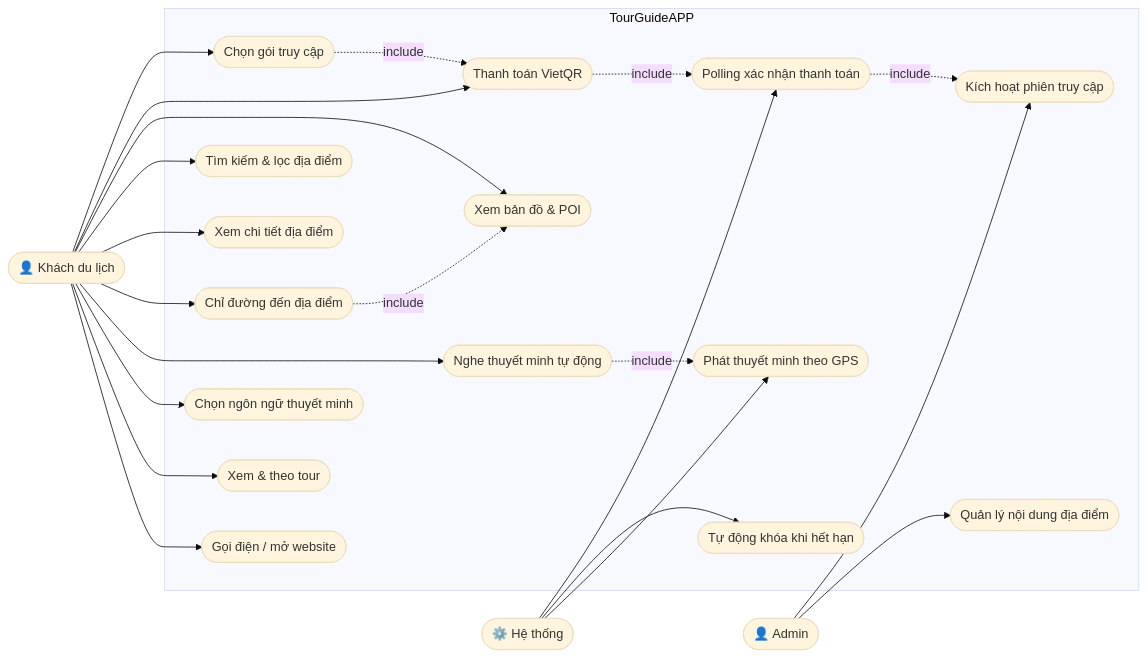
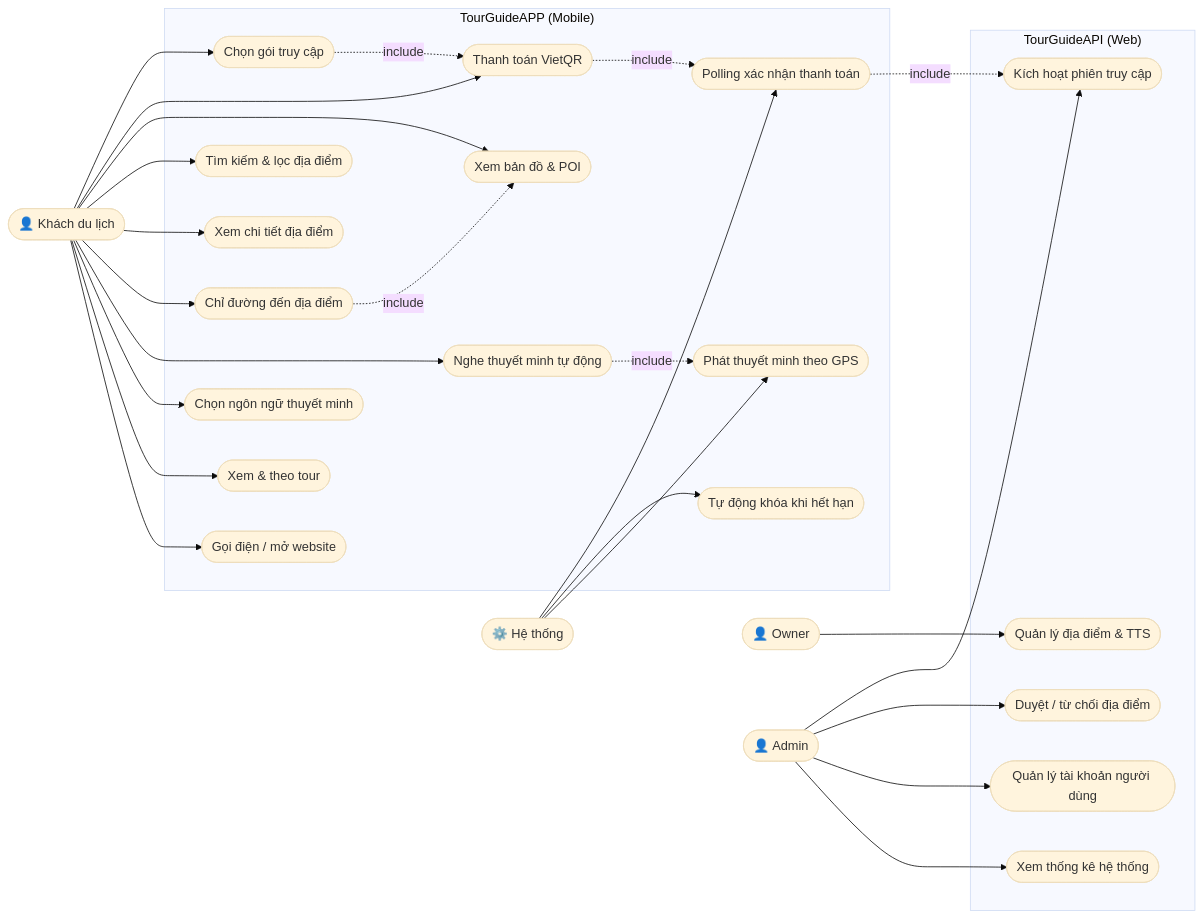
The first of 21 diagrams in PRD.md (MTai55/TourguideProjectApp), drawn with Mermaid (base theme) before and after one commit. The commit also changed other lines of this file, not shown here.

Commit message:
diagrams

````diff
--- a/PRD.md
+++ b/PRD.md
@@ -80,48 +80,59 @@
 ```mermaid
 graph LR
     Tourist(["👤 Khách du lịch"])
+    Owner(["👤 Owner"])
     Admin(["👤 Admin"])
     System(["⚙️ Hệ thống"])
 
-    subgraph APP["  TourGuideAPP  "]
+    subgraph APP["  TourGuideAPP (Mobile)  "]
         UC1(["Chọn gói truy cập"])
         UC2(["Thanh toán VietQR"])
         UC3(["Xem bản đồ & POI"])
         UC4(["Tìm kiếm & lọc địa điểm"])
         UC5(["Xem chi tiết địa điểm"])
         UC6(["Chỉ đường đến địa điểm"])
         UC7(["Nghe thuyết minh tự động"])
         UC8(["Chọn ngôn ngữ thuyết minh"])
         UC9(["Xem & theo tour"])
         UC10(["Gọi điện / mở website"])
-        UC11(["Kích hoạt phiên truy cập"])
-        UC12(["Quản lý nội dung địa điểm"])
         UC13(["Polling xác nhận thanh toán"])
         UC14(["Tự động khóa khi hết hạn"])
         UC15(["Phát thuyết minh theo GPS"])
+    end
+
+    subgraph WEB["  TourGuideAPI (Web)  "]
+        UC11(["Kích hoạt phiên truy cập"])
+        UC12(["Quản lý địa điểm & TTS"])
+        UC16(["Duyệt / từ chối địa điểm"])
+        UC17(["Quản lý tài khoản người dùng"])
+        UC18(["Xem thống kê hệ thống"])
     end
 
     Tourist --> UC1
     Tourist --> UC2
     Tourist --> UC3
     Tourist --> UC4
     Tourist --> UC5
     Tourist --> UC6
     Tourist --> UC7
     Tourist --> UC8
     Tourist --> UC9
     Tourist --> UC10
 
+    Owner --> UC12
+
     Admin --> UC11
-    Admin --> UC12
+    Admin --> UC16
+    Admin --> UC17
+    Admin --> UC18
 
     System --> UC13
     System --> UC14
     System --> UC15
 
     UC1 -. include .-> UC2
     UC6 -. include .-> UC3
     UC7 -. include .-> UC15
     UC2 -. include .-> UC13
     UC13 -. include .-> UC11
 ```
````
